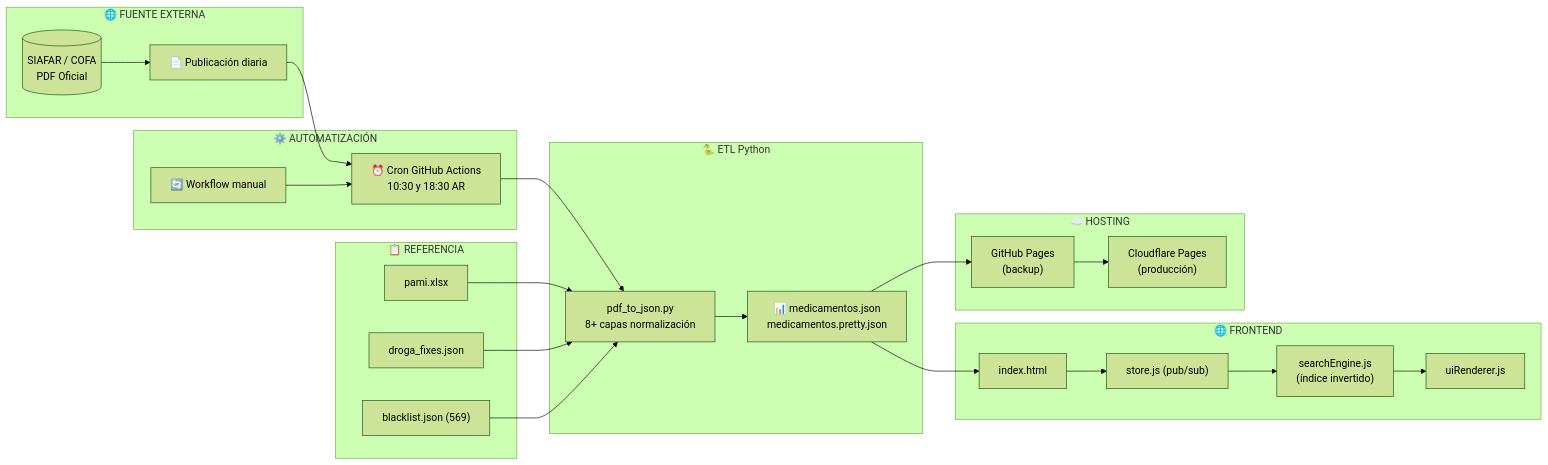
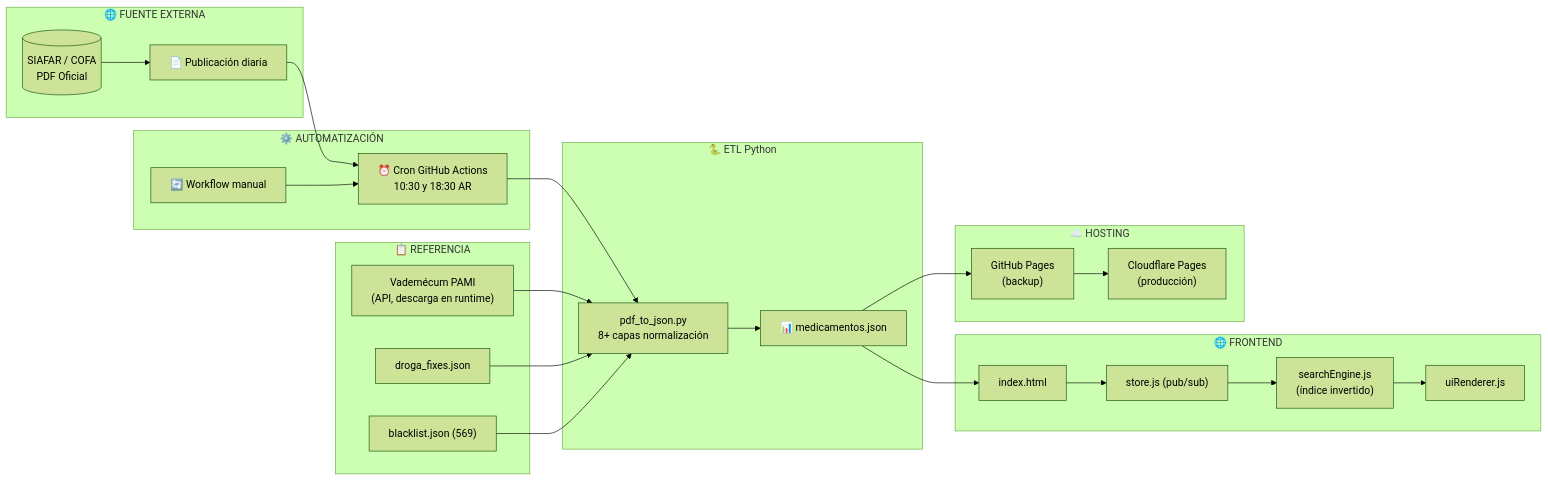
The third of 9 diagrams in README.md (psbella/remediar), drawn with Mermaid (forest theme) before and after one commit. The commit also changed other lines of this file, not shown here.

````diff
--- a/README.md
+++ b/README.md
@@ -562,51 +556,51 @@
 ```mermaid
 flowchart LR
 
     subgraph ONE["🌐 FUENTE EXTERNA"]
         A[("SIAFAR / COFA\nPDF Oficial")]
         B["📄 Publicación diaria"]
     end
 
     subgraph TWO["⚙️ AUTOMATIZACIÓN"]
         C["⏰ Cron GitHub Actions\n10:30 y 18:30 AR"]
         D["🔄 Workflow manual"]
     end
 
     subgraph THREE["🐍 ETL Python"]
         E["pdf_to_json.py\n8+ capas normalización"]
-        G["📊 medicamentos.json\nmedicamentos.pretty.json"]
+        G["📊 medicamentos.json"]
     end
 
     subgraph REF["📋 REFERENCIA"]
-        H["pami.xlsx"]
+        H["Vademécum PAMI\n(API, descarga en runtime)"]
         I["droga_fixes.json"]
         J["blacklist.json (569)"]
     end
 
     subgraph FIVE["🌐 FRONTEND"]
         K["index.html"]
         L["store.js (pub/sub)"]
         M["searchEngine.js\n(índice invertido)"]
         N["uiRenderer.js"]
     end
 
     subgraph SEVEN["☁️ HOSTING"]
         Q["GitHub Pages\n(backup)"]
         R["Cloudflare Pages\n(producción)"]
     end
 
     A --> B
     B --> C
     D --> C
     C --> E
     H --> E
     I --> E
     J --> E
     E --> G
     G --> K
     K --> L
     L --> M
     M --> N
     G --> Q
     Q --> R
 ```
````
